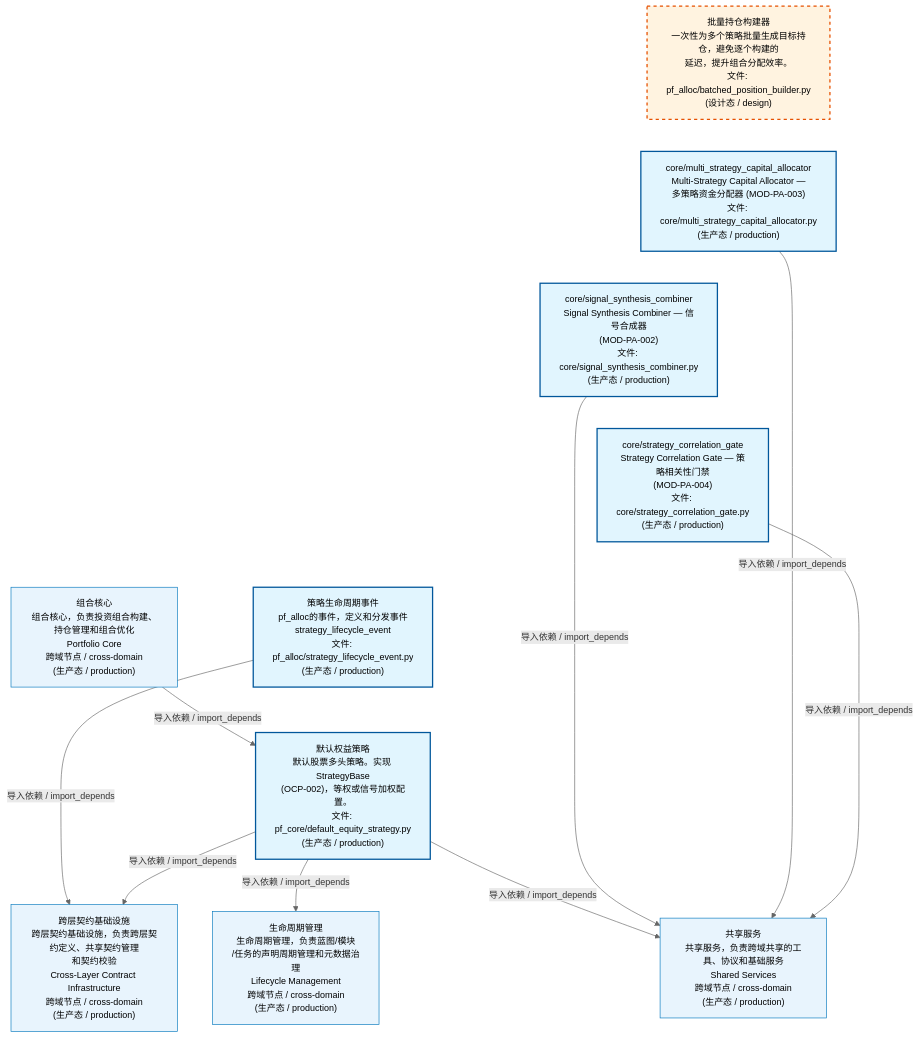
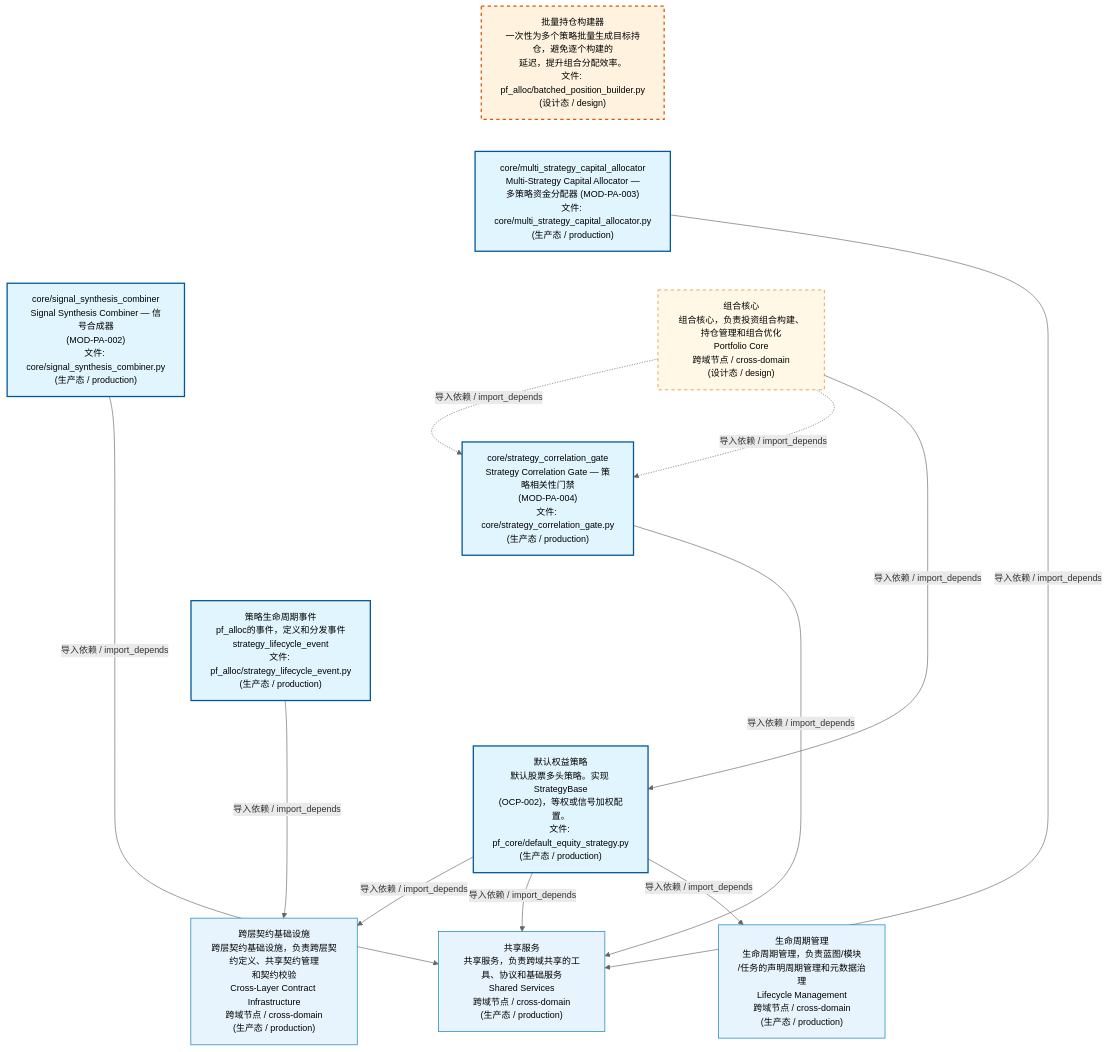
Before and after one commit to xuanFelixVan/ZephyrAlpha: the first of 4 diagrams in docs/02_enterprise_architecture/02_domain_architecture_docs/62_d_pf_alloc.md, drawn with Mermaid. The commit also changed other lines of this file and 46 other files, not shown here.

````diff
--- a/docs/02_enterprise_architecture/02_domain_architecture_docs/62_d_pf_alloc.md
+++ b/docs/02_enterprise_architecture/02_domain_architecture_docs/62_d_pf_alloc.md
@@ -53,34 +53,37 @@
 ```mermaid
 %%{init: {'theme': 'base', 'themeVariables': {'primaryColor': '#eaeaea', 'primaryTextColor': '#333333', 'primaryBorderColor': '#666666', 'lineColor': '#666666', 'secondaryColor': '#eaeaea', 'tertiaryColor': '#eaeaea', 'fontSize': '14px'}}}%%
 flowchart TD
     src_zephyr_pf_alloc_batched_position_builder_py["批量持仓构建器<br/>一次性为多个策略批量生成目标持仓，避免逐个构建的<br/>延迟，提升组合分配效率。<br/>文件: pf_alloc/batched_position_builder.py<br/>(设计态 / design)"]
     src_zephyr_pf_alloc_core_multi_strategy_capital_allocator_py["core/multi_strategy_capital_allocator<br/>Multi-Strategy Capital Allocator —<br/>多策略资金分配器 (MOD-PA-003)<br/>文件: core/multi_strategy_capital_allocator.py<br/>(生产态 / production)"]
     src_zephyr_pf_alloc_core_signal_synthesis_combiner_py["core/signal_synthesis_combiner<br/>Signal Synthesis Combiner — 信号合成器<br/>(MOD-PA-002)<br/>文件: core/signal_synthesis_combiner.py<br/>(生产态 / production)"]
     src_zephyr_pf_alloc_core_strategy_correlation_gate_py["core/strategy_correlation_gate<br/>Strategy Correlation Gate — 策略相关性门禁<br/>(MOD-PA-004)<br/>文件: core/strategy_correlation_gate.py<br/>(生产态 / production)"]
     src_zephyr_pf_alloc_strategy_lifecycle_event_py["策略生命周期事件<br/>pf_alloc的事件，定义和分发事件<br/>strategy_lifecycle_event<br/>文件: pf_alloc/strategy_lifecycle_event.py<br/>(生产态 / production)"]
     src_zephyr_pf_core_default_equity_strategy_py["默认权益策略<br/>默认股票多头策略。实现 StrategyBase<br/>(OCP-002)，等权或信号加权配置。<br/>文件: pf_core/default_equity_strategy.py<br/>(生产态 / production)"]
     src_zephyr_pf_alloc_batched_position_builder_py ~~~ src_zephyr_pf_alloc_core_multi_strategy_capital_allocator_py
     src_zephyr_pf_alloc_core_multi_strategy_capital_allocator_py ~~~ src_zephyr_pf_alloc_core_signal_synthesis_combiner_py
     src_zephyr_pf_alloc_core_signal_synthesis_combiner_py ~~~ src_zephyr_pf_alloc_core_strategy_correlation_gate_py
     src_zephyr_pf_alloc_core_strategy_correlation_gate_py ~~~ src_zephyr_pf_alloc_strategy_lifecycle_event_py
     src_zephyr_pf_alloc_strategy_lifecycle_event_py ~~~ src_zephyr_pf_core_default_equity_strategy_py
     D_SHARED["共享服务<br/>共享服务，负责跨域共享的工具、协议和基础服务<br/>Shared Services<br/>跨域节点 / cross-domain<br/>(生产态 / production)"]
     src_zephyr_pf_alloc_core_strategy_correlation_gate_py -->|导入依赖 / import_depends| D_SHARED
     src_zephyr_pf_alloc_core_multi_strategy_capital_allocator_py -->|导入依赖 / import_depends| D_SHARED
     src_zephyr_pf_alloc_core_signal_synthesis_combiner_py -->|导入依赖 / import_depends| D_SHARED
     D_INFRASTRUCTURE["跨层契约基础设施<br/>跨层契约基础设施，负责跨层契约定义、共享契约管理<br/>和契约校验<br/>Cross-Layer Contract Infrastructure<br/>跨域节点 / cross-domain<br/>(生产态 / production)"]
     src_zephyr_pf_core_default_equity_strategy_py -->|导入依赖 / import_depends| D_INFRASTRUCTURE
     src_zephyr_pf_alloc_strategy_lifecycle_event_py -->|导入依赖 / import_depends| D_INFRASTRUCTURE
     src_zephyr_pf_core_default_equity_strategy_py -->|导入依赖 / import_depends| D_SHARED
     D_GOVERNANCE["生命周期管理<br/>生命周期管理，负责蓝图/模块<br/>/任务的声明周期管理和元数据治理<br/>Lifecycle Management<br/>跨域节点 / cross-domain<br/>(生产态 / production)"]
     src_zephyr_pf_core_default_equity_strategy_py -->|导入依赖 / import_depends| D_GOVERNANCE
-    D_PF_CORE["组合核心<br/>组合核心，负责投资组合构建、持仓管理和组合优化<br/>Portfolio Core<br/>跨域节点 / cross-domain<br/>(生产态 / production)"]
+    D_PF_CORE["组合核心<br/>组合核心，负责投资组合构建、持仓管理和组合优化<br/>Portfolio Core<br/>跨域节点 / cross-domain<br/>(设计态 / design)"]
+    D_PF_CORE -.->|导入依赖 / import_depends| src_zephyr_pf_alloc_core_strategy_correlation_gate_py
+    D_PF_CORE -.->|导入依赖 / import_depends| src_zephyr_pf_alloc_core_strategy_correlation_gate_py
     D_PF_CORE -->|导入依赖 / import_depends| src_zephyr_pf_core_default_equity_strategy_py
     classDef production fill:#e1f5fe,stroke:#01579b,stroke-width:2px,color:#000
     classDef design fill:#fff3e0,stroke:#e65100,stroke-width:2px,color:#000,stroke-dasharray: 5 5
     classDef external_prod fill:#e8f4fd,stroke:#0277bd,stroke-width:1px,color:#000
     classDef external_design fill:#fff8e7,stroke:#ef6c00,stroke-width:1px,color:#000,stroke-dasharray: 5 5
     class src_zephyr_pf_alloc_core_multi_strategy_capital_allocator_py,src_zephyr_pf_alloc_core_signal_synthesis_combiner_py,src_zephyr_pf_alloc_core_strategy_correlation_gate_py,src_zephyr_pf_alloc_strategy_lifecycle_event_py,src_zephyr_pf_core_default_equity_strategy_py production
     class src_zephyr_pf_alloc_batched_position_builder_py design
-    class D_SHARED,D_INFRASTRUCTURE,D_GOVERNANCE,D_PF_CORE external_prod
+    class D_SHARED,D_INFRASTRUCTURE,D_GOVERNANCE external_prod
+    class D_PF_CORE external_design
 ```
````
